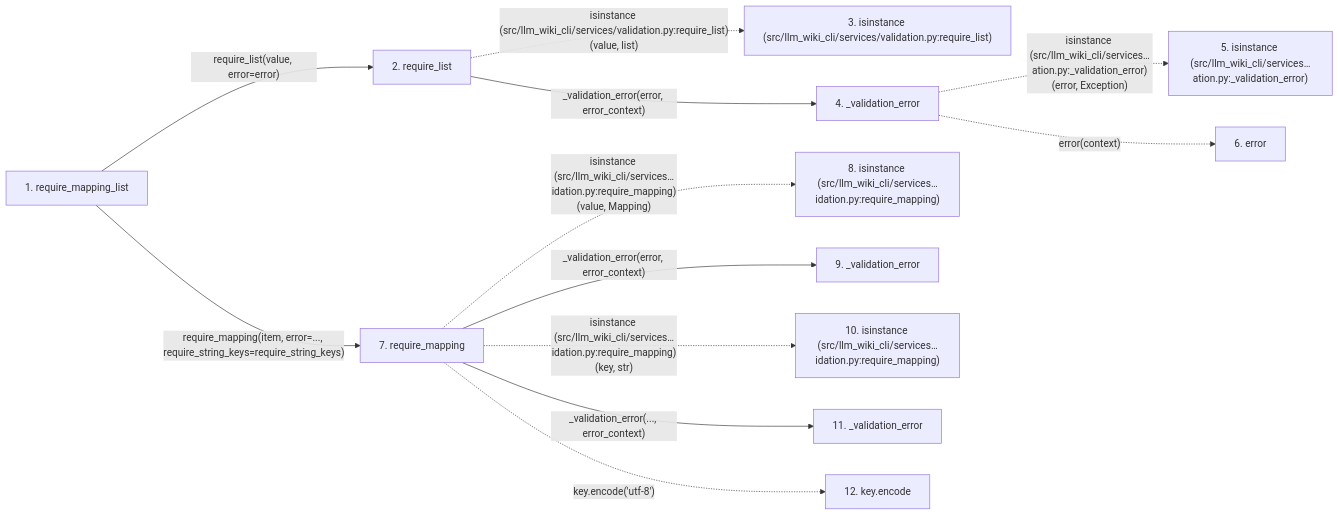
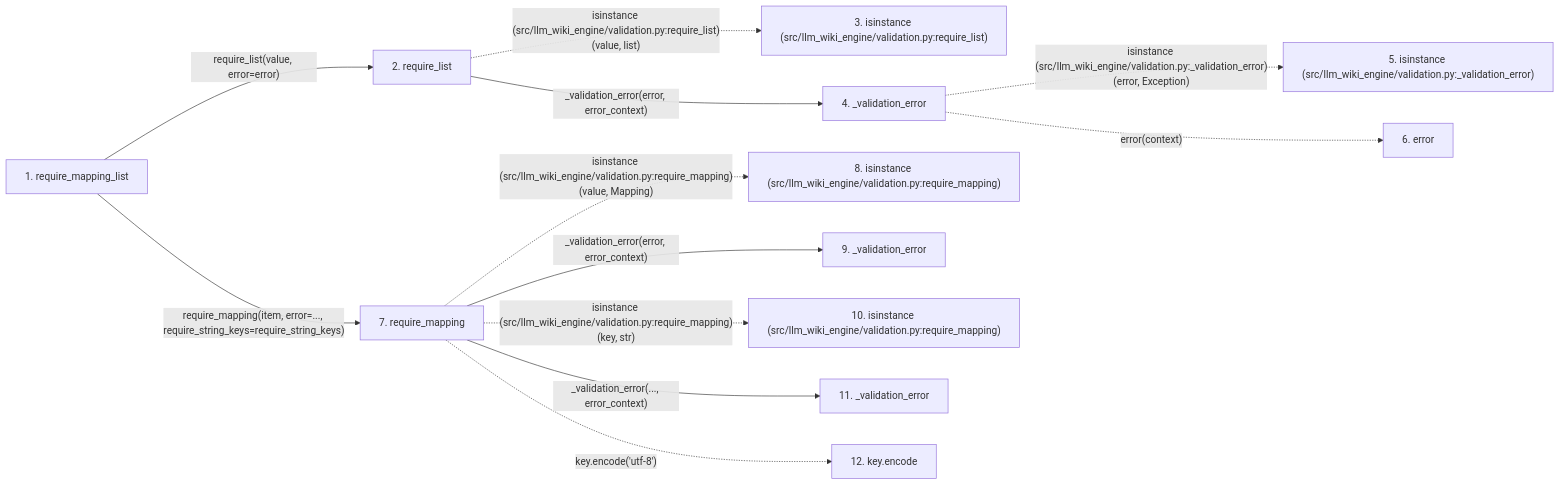
The second of 2 diagrams in docs/llm_wiki/flows/api-require_mapping_list.md (Denissvgn/python-wiki-llm), drawn with Mermaid before and after one commit. The commit also changed other lines of this file and 1103 other files, not shown here.

First line of the commit message:
docs: refresh the wiki for the llm-wiki-engine distribution

````diff
--- a/docs/llm_wiki/flows/api-require_mapping_list.md
+++ b/docs/llm_wiki/flows/api-require_mapping_list.md
@@ -54,32 +54,32 @@
 ```mermaid
 flowchart LR
     s1["1. require_mapping_list"]
     s2["2. require_list"]
-    s3["3. isinstance (src/llm_wiki_cli/services/validation.py:require_list)"]
+    s3["3. isinstance (src/llm_wiki_engine/validation.py:require_list)"]
     s4["4. _validation_error"]
-    s5["5. isinstance (src/llm_wiki_cli/services…ation.py:_validation_error)"]
+    s5["5. isinstance (src/llm_wiki_engine/validation.py:_validation_error)"]
     s6["6. error"]
     s7["7. require_mapping"]
-    s8["8. isinstance (src/llm_wiki_cli/services…idation.py:require_mapping)"]
+    s8["8. isinstance (src/llm_wiki_engine/validation.py:require_mapping)"]
     s9["9. _validation_error"]
-    s10["10. isinstance (src/llm_wiki_cli/services…idation.py:require_mapping)"]
+    s10["10. isinstance (src/llm_wiki_engine/validation.py:require_mapping)"]
     s11["11. _validation_error"]
     s12["12. key.encode"]
     s1 -->|"require_list(value, error=error)"| s2
-    s2 -. "isinstance (src/llm_wiki_cli/services/validation.py:require_list)(value, list)" .-> s3
+    s2 -. "isinstance (src/llm_wiki_engine/validation.py:require_list)(value, list)" .-> s3
     s2 -->|"_validation_error(error, error_context)"| s4
-    s4 -. "isinstance (src/llm_wiki_cli/services…ation.py:_validation_error)(error, Exception)" .-> s5
+    s4 -. "isinstance (src/llm_wiki_engine/validation.py:_validation_error)(error, Exception)" .-> s5
     s4 -. "error(context)" .-> s6
     s1 -->|"require_mapping(item, error=..., require_string_keys=require_string_keys)"| s7
-    s7 -. "isinstance (src/llm_wiki_cli/services…idation.py:require_mapping)(value, Mapping)" .-> s8
+    s7 -. "isinstance (src/llm_wiki_engine/validation.py:require_mapping)(value, Mapping)" .-> s8
     s7 -->|"_validation_error(error, error_context)"| s9
-    s7 -. "isinstance (src/llm_wiki_cli/services…idation.py:require_mapping)(key, str)" .-> s10
+    s7 -. "isinstance (src/llm_wiki_engine/validation.py:require_mapping)(key, str)" .-> s10
     s7 -->|"_validation_error(..., error_context)"| s11
     s7 -. "key.encode('utf-8')" .-> s12
     click s1 "../modules/validation.md"
     click s2 "../modules/validation.md"
     click s4 "../modules/validation.md"
     click s7 "../modules/validation.md"
     click s9 "../modules/validation.md"
     click s11 "../modules/validation.md"
 ```
````
